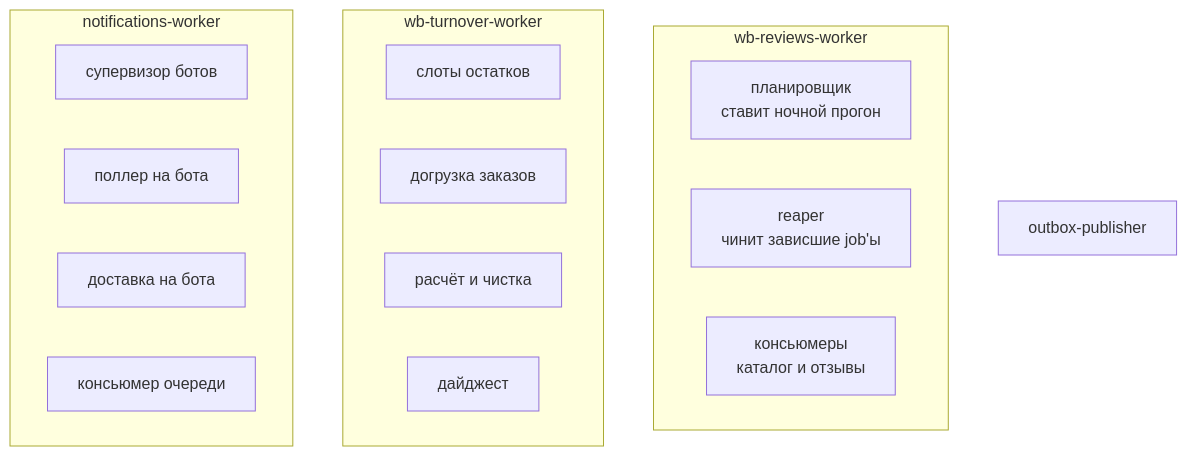
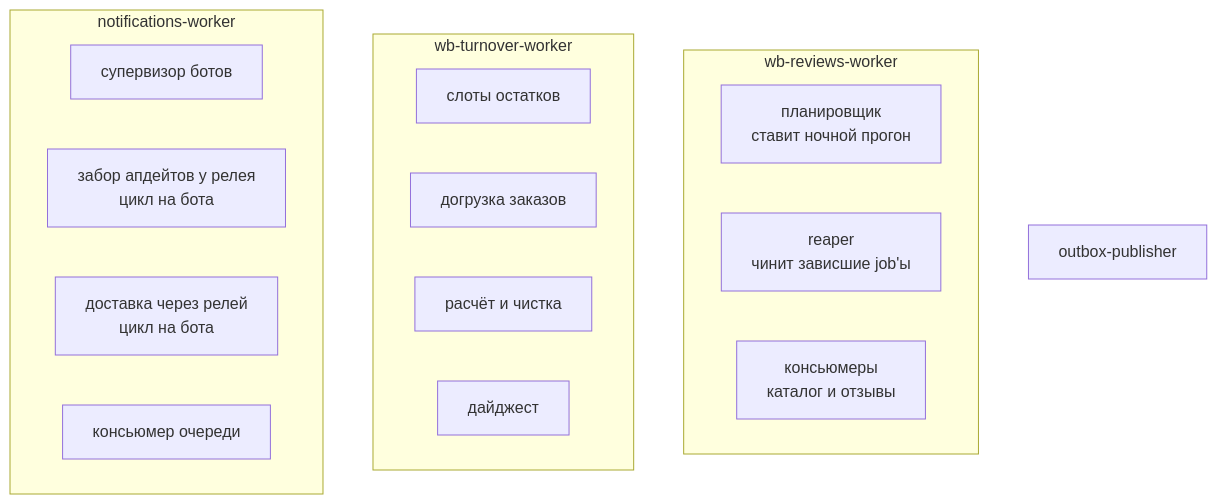
The diagram in docs/architecture/WORKERS.md (krionefishy/karbi), drawn with Mermaid before and after one commit. The commit also changed other lines of this file and 10 other files, not shown here.

````diff
--- a/docs/architecture/WORKERS.md
+++ b/docs/architecture/WORKERS.md
@@ -6,21 +6,21 @@
 ```mermaid
 flowchart TB
     subgraph reviews["wb-reviews-worker"]
         r1["планировщик<br/>ставит ночной прогон"]
         r2["reaper<br/>чинит зависшие job'ы"]
         r3["консьюмеры<br/>каталог и отзывы"]
     end
     subgraph turnover["wb-turnover-worker"]
         t1["слоты остатков"]
         t2["догрузка заказов"]
         t3["расчёт и чистка"]
         t4["дайджест"]
     end
     subgraph notify["notifications-worker"]
         n1["супервизор ботов"]
-        n2["поллер на бота"]
-        n3["доставка на бота"]
+        n2["забор апдейтов у релея<br/>цикл на бота"]
+        n3["доставка через релей<br/>цикл на бота"]
         n4["консьюмер очереди"]
     end
     outbox["outbox-publisher"]
 ```
````
